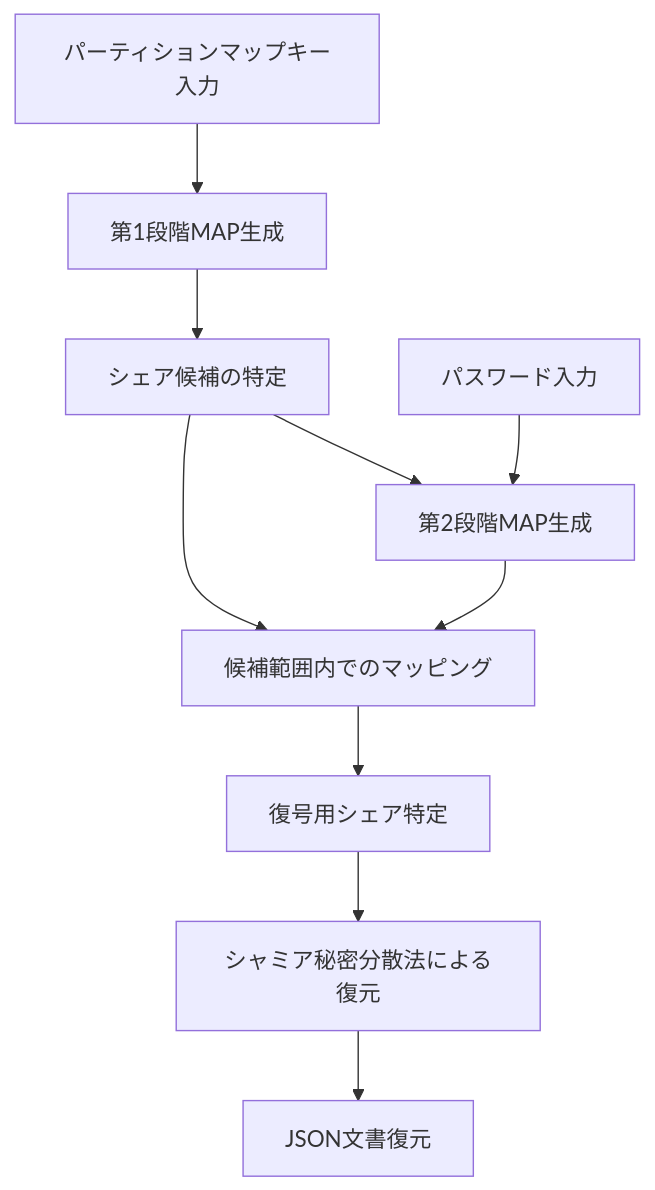
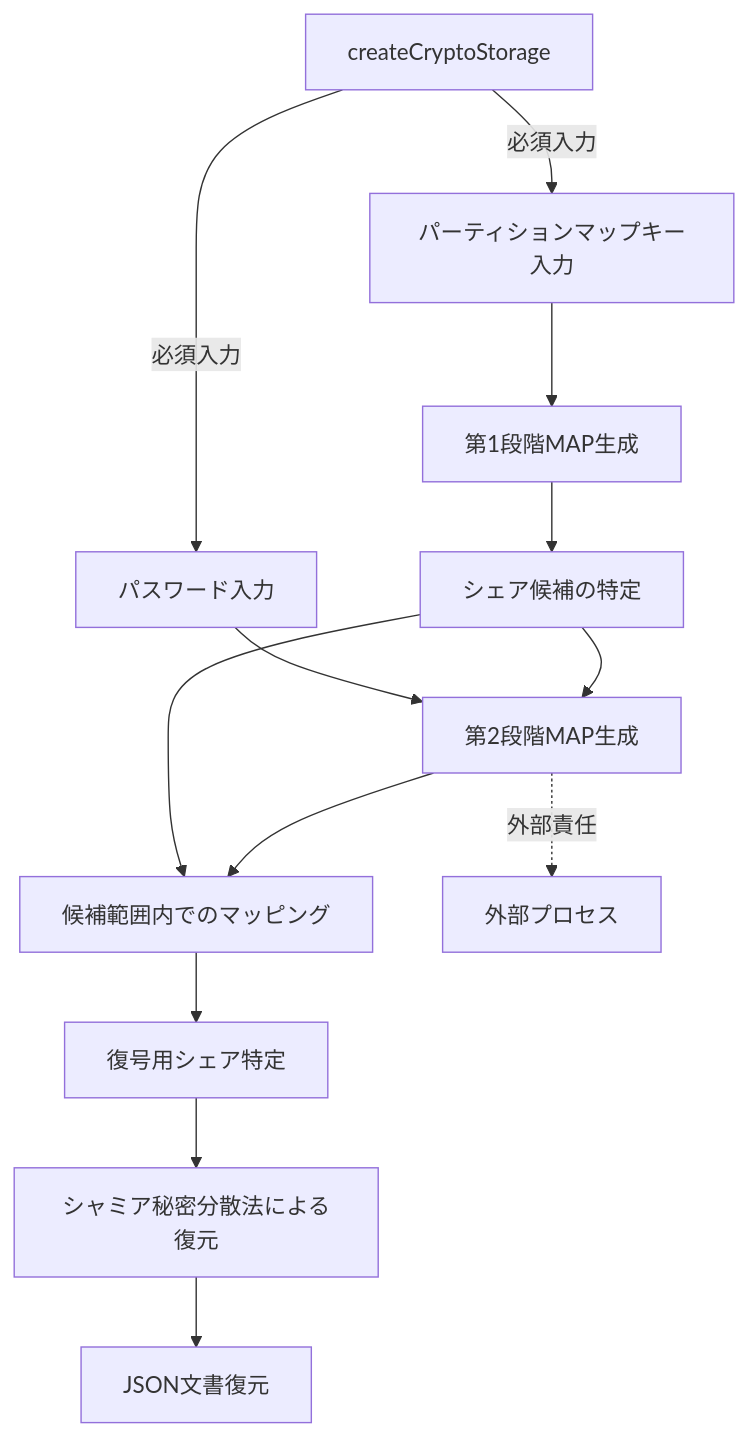
One commit to pacific-system/secret-sharing-demos-20250510 changed the second of 2 diagrams in 02_architecture.md. Above: the diagram before and after it, drawn with Mermaid. The commit also changed other lines of this file and 10 other files, not shown here.

````diff
--- a/02_architecture.md
+++ b/02_architecture.md
@@ -60,12 +61,17 @@
 ```mermaid
 graph TD
-    A[パーティションマップキー入力] --> B[第1段階MAP生成]
+    Z[createCryptoStorage] --> |必須入力|A[パーティションマップキー入力]
+    Z --> |必須入力|C[パスワード入力]
+    A --> B[第1段階MAP生成]
     B --> E[シェア候補の特定]
-    C[パスワード入力] --> D[第2段階MAP生成]
+    C --> D[第2段階MAP生成]
     E --> D
     E --> F[候補範囲内でのマッピング]
     D --> F
     F --> G[復号用シェア特定]
     G --> H[シャミア秘密分散法による復元]
     H --> I[JSON文書復元]
+
+    %% 第2段階MAP生成はcreateCryptoStorageプロセスの外部の責任
+    D -.-> |外部責任| X[外部プロセス]
 ```
````
